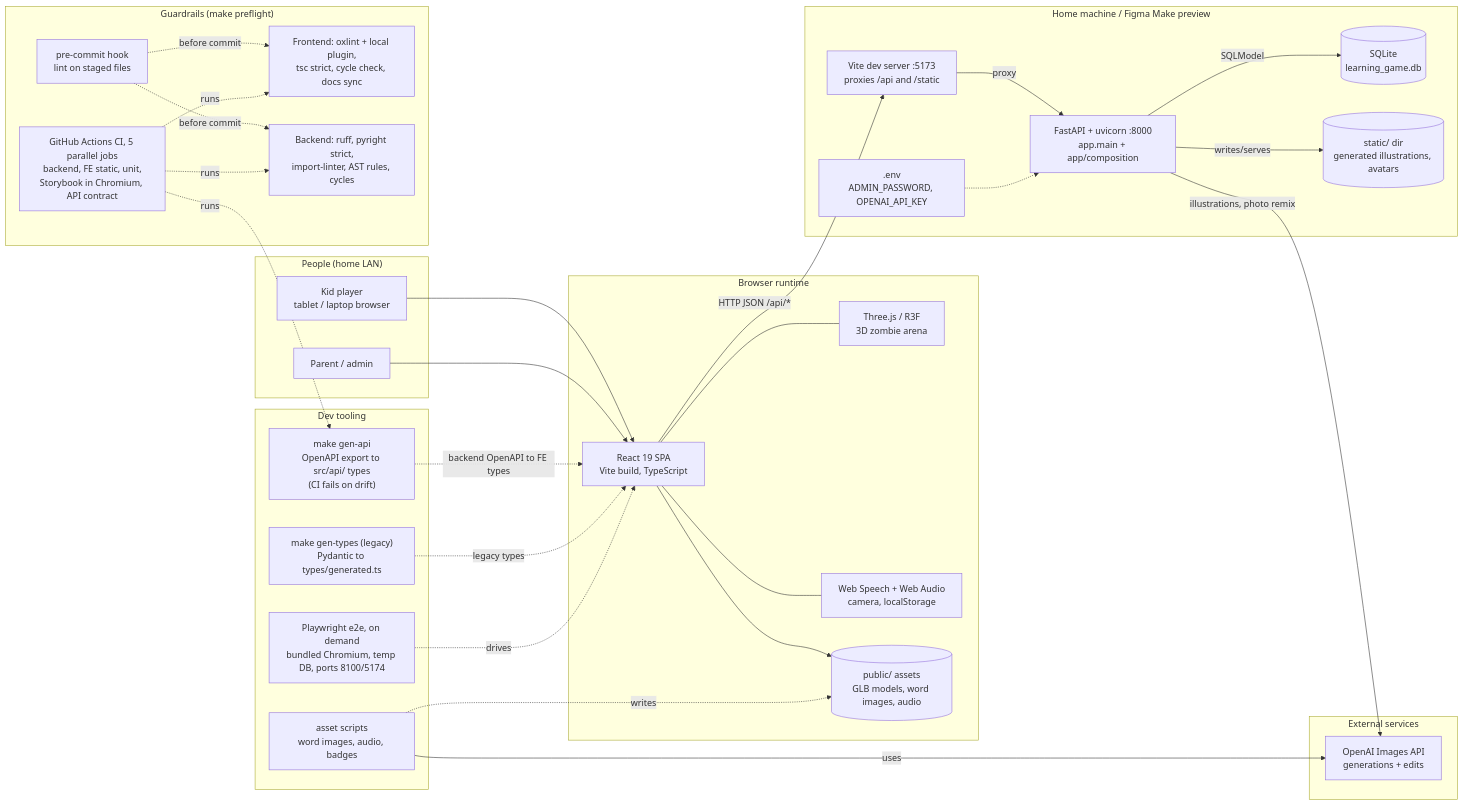
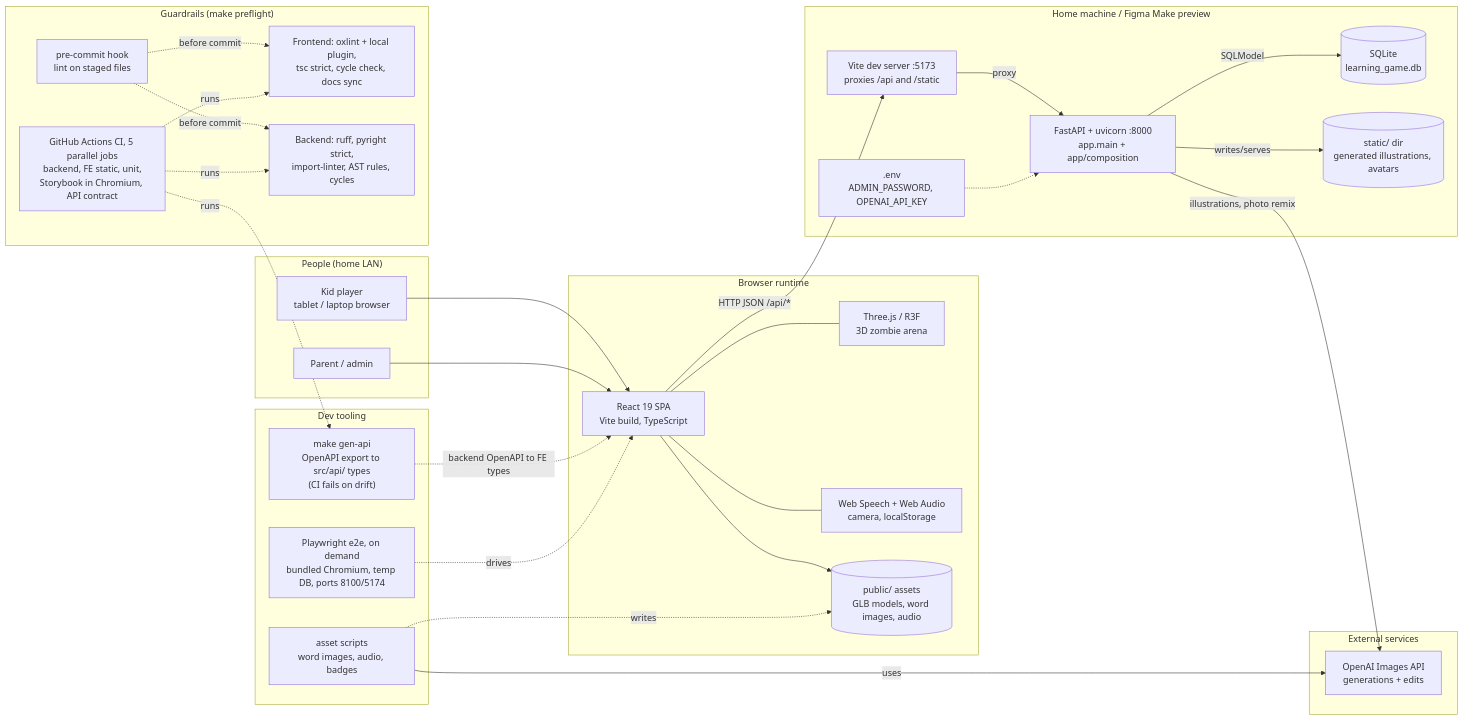
The diagram in docs/architecture/1-system.mmd (behroozkhorashadi/learning-game), drawn with Mermaid before and after one commit. The commit also changed 94 other files, not shown here.

```diff
--- a/docs/architecture/1-system.mmd
+++ b/docs/architecture/1-system.mmd
@@ -1,57 +1,55 @@
 flowchart LR
   subgraph Users["People (home LAN)"]
     kid["Kid player<br/>tablet / laptop browser"]
     parent["Parent / admin"]
   end
 
   subgraph Browser["Browser runtime"]
     spa["React 19 SPA<br/>Vite build, TypeScript"]
     three["Three.js / R3F<br/>3D zombie arena"]
     webapis["Web Speech + Web Audio<br/>camera, localStorage"]
     glb[("public/ assets<br/>GLB models, word images, audio")]
   end
 
   subgraph Host["Home machine / Figma Make preview"]
     vite["Vite dev server :5173<br/>proxies /api and /static"]
     api["FastAPI + uvicorn :8000<br/>app.main + app/composition"]
     db[("SQLite<br/>learning_game.db")]
     static[("static/ dir<br/>generated illustrations, avatars")]
     env[".env<br/>ADMIN_PASSWORD, OPENAI_API_KEY"]
   end
 
   subgraph External["External services"]
     openai["OpenAI Images API<br/>generations + edits"]
   end
 
   subgraph Tooling["Dev tooling"]
     genapi["make gen-api<br/>OpenAPI export to src/api/ types<br/>(CI fails on drift)"]
-    gentypes["make gen-types (legacy)<br/>Pydantic to types/generated.ts"]
     genassets["asset scripts<br/>word images, audio, badges"]
     e2e["Playwright e2e, on demand<br/>bundled Chromium, temp DB, ports 8100/5174"]
   end
 
   subgraph Guardrails["Guardrails (make preflight)"]
     felint["Frontend: oxlint + local plugin,<br/>tsc strict, cycle check, docs sync"]
     belint["Backend: ruff, pyright strict,<br/>import-linter, AST rules, cycles"]
     hook["pre-commit hook<br/>lint on staged files"]
     ci["GitHub Actions CI, 5 parallel jobs<br/>backend, FE static, unit,<br/>Storybook in Chromium, API contract"]
   end
 
   kid --> spa
   parent --> spa
   spa --- three
   spa --- webapis
   spa --> glb
   spa -- "HTTP JSON /api/*" --> vite
   vite -- proxy --> api
   api -- SQLModel --> db
   api -- writes/serves --> static
   env -.-> api
   api -- "illustrations, photo remix" --> openai
   genapi -. "backend OpenAPI to FE types" .-> spa
-  gentypes -. "legacy types" .-> spa
   genassets -- uses --> openai
   genassets -. writes .-> glb
   e2e -. drives .-> spa
   hook -. "before commit" .-> felint & belint
   ci -. runs .-> felint & belint & genapi
```
